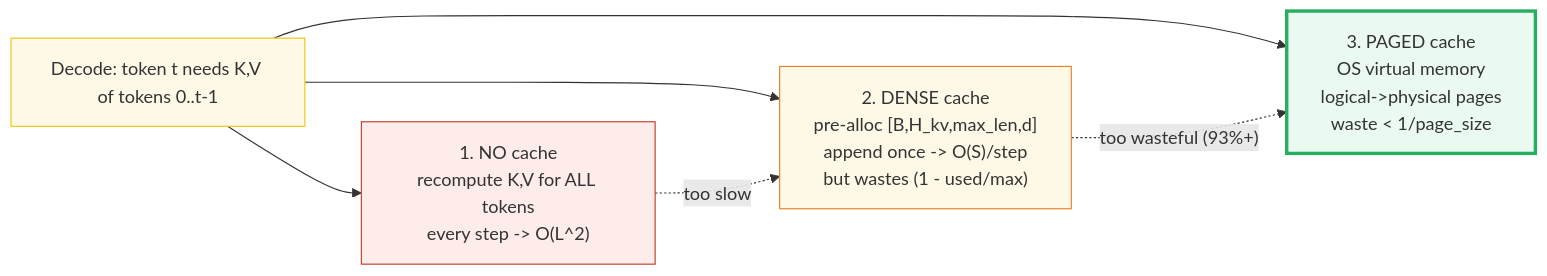
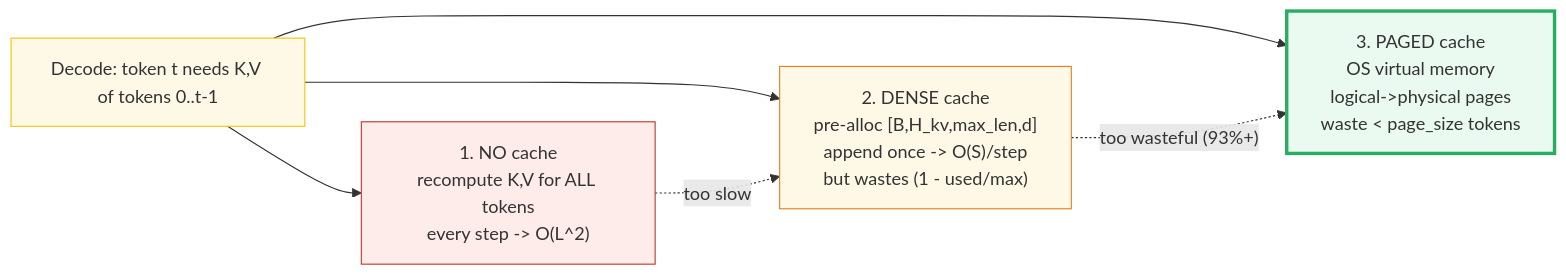
Before and after one commit to quanhua92/tutorials: the first of 10 diagrams in llm/KV_CACHE.md, drawn with Mermaid. The commit also changed other lines of this file and 6 other files, not shown here.

````diff
--- a/llm/KV_CACHE.md
+++ b/llm/KV_CACHE.md
@@ -74,14 +74,14 @@
 ```mermaid
 graph LR
     Prob["Decode: token t needs K,V of tokens 0..t-1"] --> R["1. NO cache<br/>recompute K,V for ALL tokens<br/>every step -> O(L^2)"]
     Prob --> D["2. DENSE cache<br/>pre-alloc [B,H_kv,max_len,d]<br/>append once -> O(S)/step<br/>but wastes (1 - used/max)"]
-    Prob --> P["3. PAGED cache<br/>OS virtual memory<br/>logical->physical pages<br/>waste < 1/page_size"]
+    Prob --> P["3. PAGED cache<br/>OS virtual memory<br/>logical->physical pages<br/>waste < page_size tokens"]
 
     R -.->|"too slow"| D
     D -.->|"too wasteful (93%+)"| P
 
     style Prob fill:#fef9e7,stroke:#f1c40f
     style R fill:#fdecea,stroke:#c0392b
     style D fill:#fef9e7,stroke:#e67e22
     style P fill:#eafaf1,stroke:#27ae60,stroke-width:3px
 ```
````
